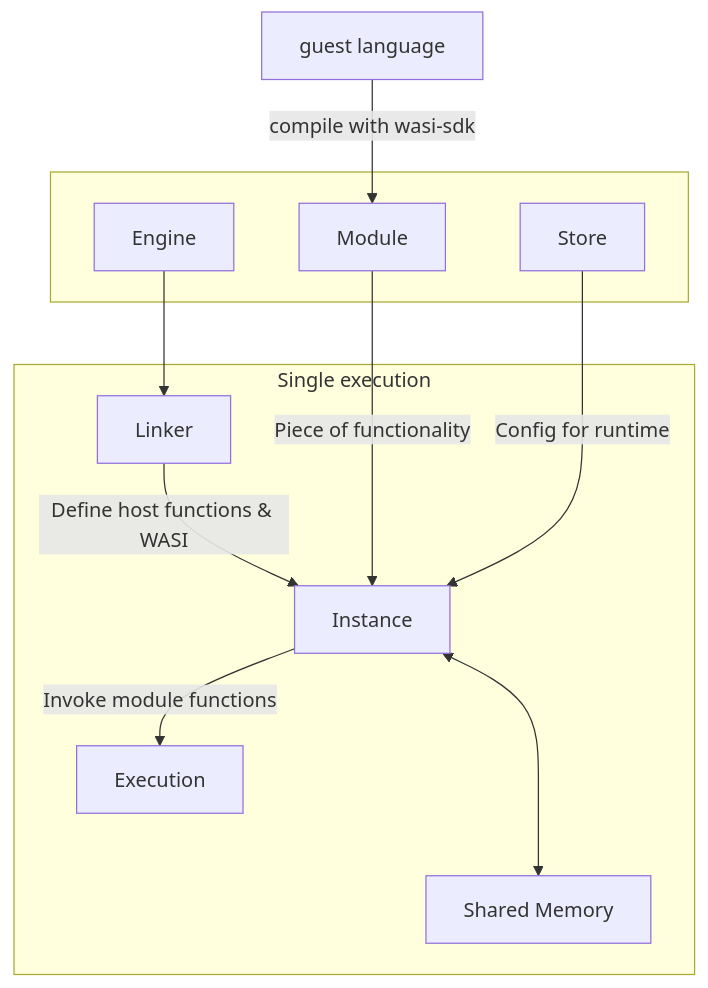
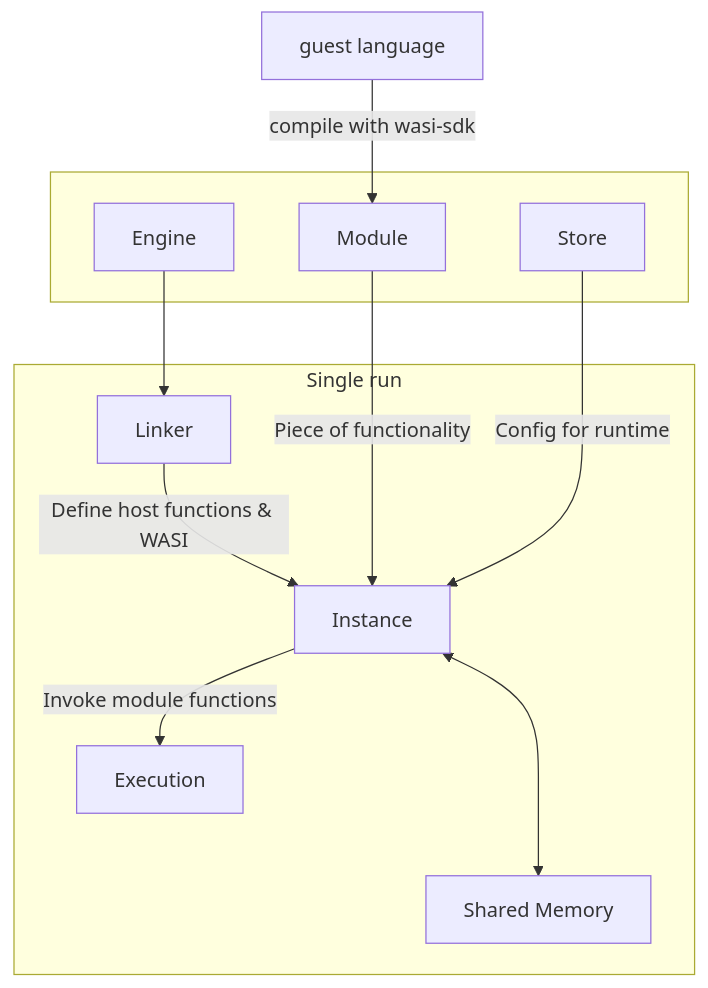
One commit to dotnet/msbuild changed the first of 2 diagrams in documentation/specs/proposed/Wasm-tasks.md. Above: the diagram before and after it, drawn with Mermaid. The commit also changed other lines of this file, not shown here.

````diff
--- a/documentation/specs/proposed/Wasm-tasks.md
+++ b/documentation/specs/proposed/Wasm-tasks.md
@@ -20,30 +20,30 @@
 ```mermaid 
 flowchart TD
     a[guest language] -->|compile with wasi-sdk| K[Wasm Module]
 
     A[Engine]  --> E[Linker]
     
     E -->|Define host functions & WASI| H[Instance]
 
     H <---> Mem[Shared Memory]
     
     K[Module] -->|Piece of functionality| H
     
     L[Store] -->|Config for runtime| H
     
     H -->|Invoke module functions| M[Execution]
 
     subgraph " "
     A
     K
     L
     end
 
-    subgraph "Single execution"
+    subgraph "Single run"
     H
     E
     M
     Mem
     end
 
 ```
````
